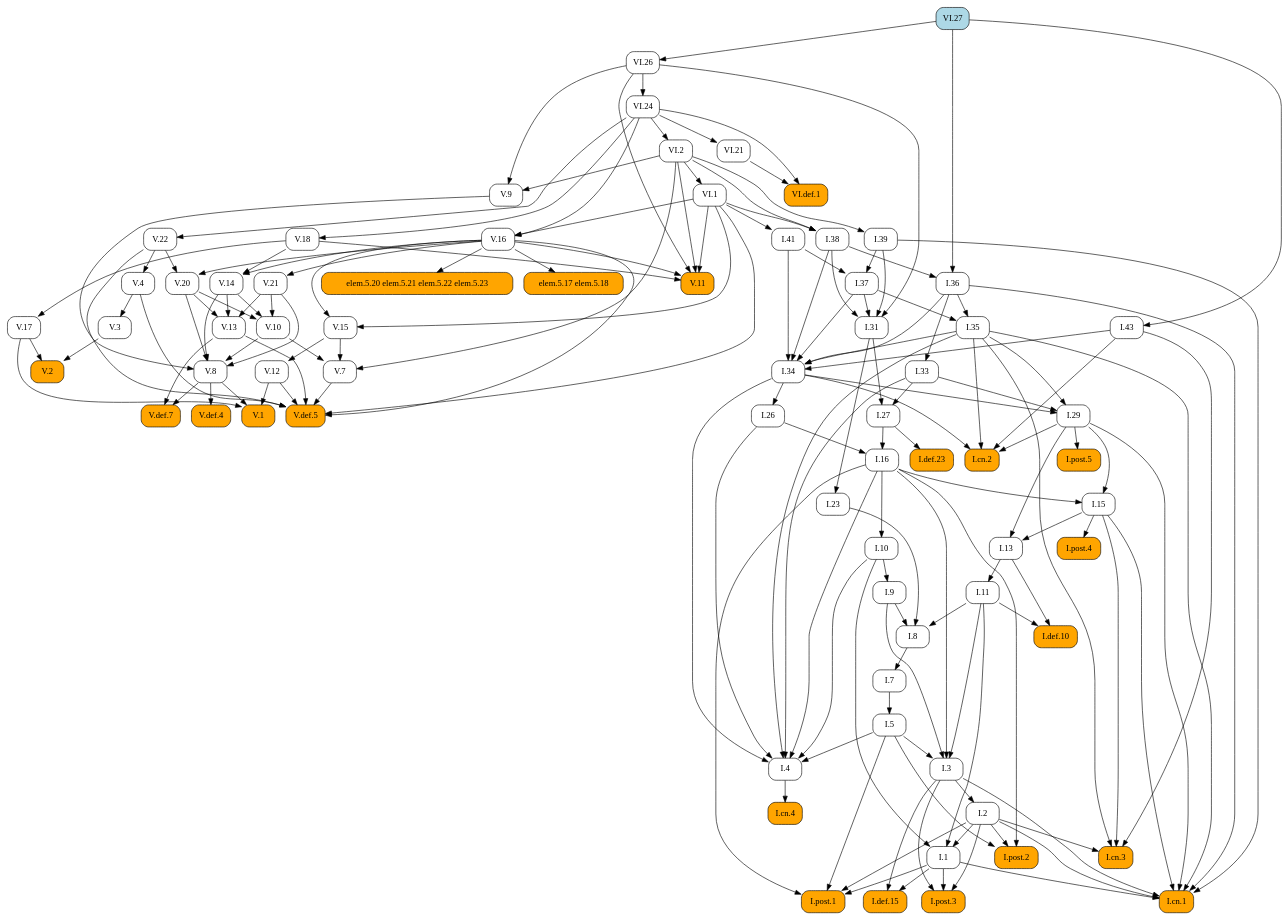
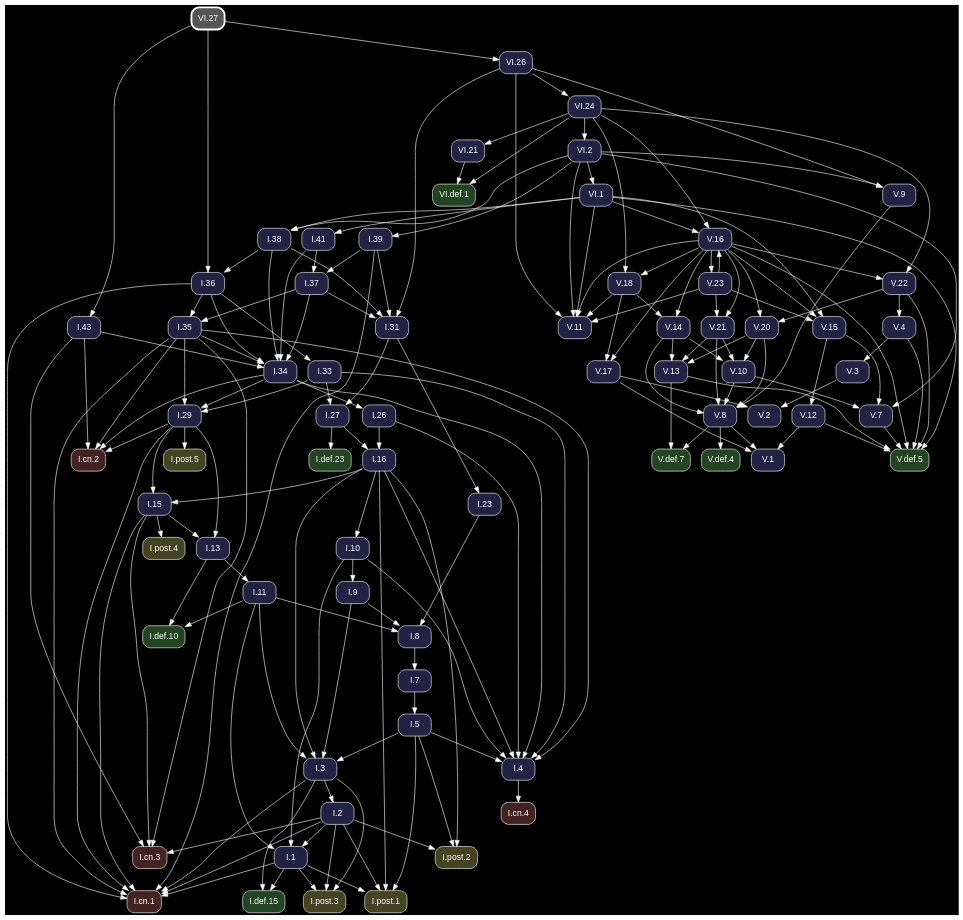
Before and after one commit to geometor/elements: the diagram in docsrc/heath/VI/27/index.rst, drawn with Graphviz. The commit also changed other lines of this file and 1200 other files, not shown here.

Commit message:
update dependency graphs

```diff
--- a/docsrc/heath/VI/27/index.rst
+++ b/docsrc/heath/VI/27/index.rst
@@ -60,189 +60,83 @@
 .. graphviz::
 
    digraph {
+     bgcolor="black";
+     node [shape=box, style="rounded,filled", fontname="Helvetica", color="white", fontcolor="white"];
+     edge [color="white", fontcolor="white"];
      rankdir="TB";
-     node [shape=box, style=rounded];
-     "I.23" [URL="/heath/I/23/", target="_top"];
-     "I.9" [URL="/heath/I/9/", target="_top"];
-     "VI.27" [style="rounded,filled", fillcolor=lightblue, URL="/heath/VI/27/", target="_top"];
-     "VI.def.1" [style="rounded,filled", fillcolor=orange, URL="/heath/VI/def.1/", target="_top"];
-     "V.13" [URL="/heath/V/13/", target="_top"];
-     "I.def.15" [style="rounded,filled", fillcolor=orange, URL="/heath/I/def.15/", target="_top"];
-     "V.7" [URL="/heath/V/7/", target="_top"];
-     "elem.5.17 elem.5.18" [style="rounded,filled", fillcolor=orange];
-     "I.post.1" [style="rounded,filled", fillcolor=orange, URL="/heath/I/post.1/", target="_top"];
-     "V.14" [URL="/heath/V/14/", target="_top"];
-     "I.43" [URL="/heath/I/43/", target="_top"];
-     "V.9" [URL="/heath/V/9/", target="_top"];
-     "I.31" [URL="/heath/I/31/", target="_top"];
-     "I.def.10" [style="rounded,filled", fillcolor=orange, URL="/heath/I/def.10/", target="_top"];
-     "V.10" [URL="/heath/V/10/", target="_top"];
-     "V.4" [URL="/heath/V/4/", target="_top"];
-     "VI.1" [URL="/heath/VI/1/", target="_top"];
-     "I.39" [URL="/heath/I/39/", target="_top"];
-     "V.11" [style="rounded,filled", fillcolor=orange, URL="/heath/V/11/", target="_top"];
-     "I.34" [URL="/heath/I/34/", target="_top"];
-     "V.17" [URL="/heath/V/17/", target="_top"];
-     "I.3" [URL="/heath/I/3/", target="_top"];
-     "V.def.4" [style="rounded,filled", fillcolor=orange, URL="/heath/V/def.4/", target="_top"];
-     "V.def.7" [style="rounded,filled", fillcolor=orange, URL="/heath/V/def.7/", target="_top"];
-     "V.21" [URL="/heath/V/21/", target="_top"];
-     "I.2" [URL="/heath/I/2/", target="_top"];
-     "V.3" [URL="/heath/V/3/", target="_top"];
-     "I.13" [URL="/heath/I/13/", target="_top"];
-     "I.post.4" [style="rounded,filled", fillcolor=orange, URL="/heath/I/post.4/", target="_top"];
-     "I.4" [URL="/heath/I/4/", target="_top"];
-     "I.1" [URL="/heath/I/1/", target="_top"];
-     "I.8" [URL="/heath/I/8/", target="_top"];
-     "I.29" [URL="/heath/I/29/", target="_top"];
-     "V.8" [URL="/heath/V/8/", target="_top"];
-     "VI.24" [URL="/heath/VI/24/", target="_top"];
-     "I.38" [URL="/heath/I/38/", target="_top"];
-     "I.15" [URL="/heath/I/15/", target="_top"];
-     "I.10" [URL="/heath/I/10/", target="_top"];
-     "I.11" [URL="/heath/I/11/", target="_top"];
-     "I.def.23" [style="rounded,filled", fillcolor=orange, URL="/heath/I/def.23/", target="_top"];
-     "VI.21" [URL="/heath/VI/21/", target="_top"];
-     "I.26" [URL="/heath/I/26/", target="_top"];
-     "V.16" [URL="/heath/V/16/", target="_top"];
-     "I.33" [URL="/heath/I/33/", target="_top"];
-     "VI.26" [URL="/heath/VI/26/", target="_top"];
-     "I.post.3" [style="rounded,filled", fillcolor=orange, URL="/heath/I/post.3/", target="_top"];
-     "V.def.5" [style="rounded,filled", fillcolor=orange, URL="/heath/V/def.5/", target="_top"];
-     "I.27" [URL="/heath/I/27/", target="_top"];
-     "V.20" [URL="/heath/V/20/", target="_top"];
-     "V.12" [URL="/heath/V/12/", target="_top"];
-     "I.35" [URL="/heath/I/35/", target="_top"];
-     "I.cn.1" [style="rounded,filled", fillcolor=orange, URL="/heath/I/cn.1/", target="_top"];
-     "V.2" [style="rounded,filled", fillcolor=orange, URL="/heath/V/2/", target="_top"];
-     "I.7" [URL="/heath/I/7/", target="_top"];
-     "I.36" [URL="/heath/I/36/", target="_top"];
-     "I.5" [URL="/heath/I/5/", target="_top"];
-     "I.37" [URL="/heath/I/37/", target="_top"];
-     "I.cn.3" [style="rounded,filled", fillcolor=orange, URL="/heath/I/cn.3/", target="_top"];
-     "V.18" [URL="/heath/V/18/", target="_top"];
-     "I.16" [URL="/heath/I/16/", target="_top"];
-     "V.22" [URL="/heath/V/22/", target="_top"];
-     "V.1" [style="rounded,filled", fillcolor=orange, URL="/heath/V/1/", target="_top"];
-     "I.cn.2" [style="rounded,filled", fillcolor=orange, URL="/heath/I/cn.2/", target="_top"];
-     "I.post.5" [style="rounded,filled", fillcolor=orange, URL="/heath/I/post.5/", target="_top"];
-     "VI.2" [URL="/heath/VI/2/", target="_top"];
-     "I.cn.4" [style="rounded,filled", fillcolor=orange, URL="/heath/I/cn.4/", target="_top"];
-     "V.15" [URL="/heath/V/15/", target="_top"];
-     "I.post.2" [style="rounded,filled", fillcolor=orange, URL="/heath/I/post.2/", target="_top"];
-     "I.41" [URL="/heath/I/41/", target="_top"];
-     "elem.5.20 elem.5.21 elem.5.22 elem.5.23" [style="rounded,filled", fillcolor=orange];
-     "I.31" -> "I.23";
-     "I.10" -> "I.9";
-     "VI.21" -> "VI.def.1";
-     "VI.24" -> "VI.def.1";
-     "V.14" -> "V.13";
-     "V.20" -> "V.13";
-     "V.21" -> "V.13";
-     "I.1" -> "I.def.15";
-     "I.3" -> "I.def.15";
-     "V.10" -> "V.7";
-     "V.15" -> "V.7";
-     "VI.2" -> "V.7";
-     "V.16" -> "elem.5.17 elem.5.18";
-     "I.1" -> "I.post.1";
-     "I.2" -> "I.post.1";
-     "I.5" -> "I.post.1";
-     "I.16" -> "I.post.1";
-     "V.16" -> "V.14";
-     "V.18" -> "V.14";
-     "VI.27" -> "I.43";
-     "VI.2" -> "V.9";
-     "VI.26" -> "V.9";
-     "I.37" -> "I.31";
-     "I.38" -> "I.31";
-     "I.39" -> "I.31";
-     "VI.26" -> "I.31";
-     "I.11" -> "I.def.10";
-     "I.13" -> "I.def.10";
-     "V.14" -> "V.10";
-     "V.20" -> "V.10";
-     "V.21" -> "V.10";
-     "V.22" -> "V.4";
-     "VI.2" -> "VI.1";
-     "VI.2" -> "I.39";
-     "V.16" -> "V.11";
-     "V.18" -> "V.11";
-     "VI.1" -> "V.11";
-     "VI.2" -> "V.11";
-     "VI.26" -> "V.11";
-     "I.35" -> "I.34";
-     "I.36" -> "I.34";
-     "I.37" -> "I.34";
-     "I.38" -> "I.34";
-     "I.41" -> "I.34";
-     "I.43" -> "I.34";
-     "V.18" -> "V.17";
-     "I.5" -> "I.3";
-     "I.9" -> "I.3";
-     "I.11" -> "I.3";
-     "I.16" -> "I.3";
-     "V.8" -> "V.def.4";
-     "V.8" -> "V.def.7";
-     "V.13" -> "V.def.7";
-     "V.16" -> "V.21";
-     "I.3" -> "I.2";
-     "V.4" -> "V.3";
-     "I.15" -> "I.13";
-     "I.29" -> "I.13";
-     "I.15" -> "I.post.4";
-     "I.5" -> "I.4";
-     "I.10" -> "I.4";
-     "I.16" -> "I.4";
-     "I.26" -> "I.4";
-     "I.33" -> "I.4";
-     "I.34" -> "I.4";
-     "I.35" -> "I.4";
-     "I.2" -> "I.1";
-     "I.10" -> "I.1";
-     "I.11" -> "I.1";
-     "I.9" -> "I.8";
-     "I.11" -> "I.8";
-     "I.23" -> "I.8";
-     "I.33" -> "I.29";
-     "I.34" -> "I.29";
-     "I.35" -> "I.29";
-     "V.9" -> "V.8";
-     "V.10" -> "V.8";
-     "V.14" -> "V.8";
-     "V.20" -> "V.8";
-     "V.21" -> "V.8";
-     "VI.26" -> "VI.24";
-     "VI.1" -> "I.38";
-     "VI.2" -> "I.38";
-     "I.16" -> "I.15";
-     "I.29" -> "I.15";
-     "I.16" -> "I.10";
-     "I.13" -> "I.11";
-     "I.27" -> "I.def.23";
-     "VI.24" -> "VI.21";
-     "I.34" -> "I.26";
-     "VI.1" -> "V.16";
-     "VI.24" -> "V.16";
-     "I.36" -> "I.33";
+     "VI.26" [fillcolor="#222244", URL="/heath/VI/26/", target="_top"];
+     "V.15" [fillcolor="#222244", URL="/heath/V/15/", target="_top"];
+     "I.cn.1" [fillcolor="#442222", URL="/heath/I/cn.1/", target="_top"];
+     "V.18" [fillcolor="#222244", URL="/heath/V/18/", target="_top"];
+     "V.14" [fillcolor="#222244", URL="/heath/V/14/", target="_top"];
+     "I.27" [fillcolor="#222244", URL="/heath/I/27/", target="_top"];
+     "V.23" [fillcolor="#222244", URL="/heath/V/23/", target="_top"];
+     "I.2" [fillcolor="#222244", URL="/heath/I/2/", target="_top"];
+     "I.41" [fillcolor="#222244", URL="/heath/I/41/", target="_top"];
+     "I.43" [fillcolor="#222244", URL="/heath/I/43/", target="_top"];
+     "I.post.4" [fillcolor="#444422", URL="/heath/I/post.4/", target="_top"];
+     "I.26" [fillcolor="#222244", URL="/heath/I/26/", target="_top"];
+     "I.8" [fillcolor="#222244", URL="/heath/I/8/", target="_top"];
+     "V.4" [fillcolor="#222244", URL="/heath/V/4/", target="_top"];
+     "V.16" [fillcolor="#222244", URL="/heath/V/16/", target="_top"];
+     "VI.2" [fillcolor="#222244", URL="/heath/VI/2/", target="_top"];
+     "I.7" [fillcolor="#222244", URL="/heath/I/7/", target="_top"];
+     "I.5" [fillcolor="#222244", URL="/heath/I/5/", target="_top"];
+     "V.11" [fillcolor="#222244", URL="/heath/V/11/", target="_top"];
+     "V.def.4" [fillcolor="#224422", URL="/heath/V/def.4/", target="_top"];
+     "V.20" [fillcolor="#222244", URL="/heath/V/20/", target="_top"];
+     "I.11" [fillcolor="#222244", URL="/heath/I/11/", target="_top"];
+     "VI.21" [fillcolor="#222244", URL="/heath/VI/21/", target="_top"];
+     "I.37" [fillcolor="#222244", URL="/heath/I/37/", target="_top"];
+     "I.cn.3" [fillcolor="#442222", URL="/heath/I/cn.3/", target="_top"];
+     "I.36" [fillcolor="#222244", URL="/heath/I/36/", target="_top"];
+     "I.38" [fillcolor="#222244", URL="/heath/I/38/", target="_top"];
+     "I.post.2" [fillcolor="#444422", URL="/heath/I/post.2/", target="_top"];
+     "I.def.23" [fillcolor="#224422", URL="/heath/I/def.23/", target="_top"];
+     "I.35" [fillcolor="#222244", URL="/heath/I/35/", target="_top"];
+     "VI.24" [fillcolor="#222244", URL="/heath/VI/24/", target="_top"];
+     "I.post.3" [fillcolor="#444422", URL="/heath/I/post.3/", target="_top"];
+     "V.13" [fillcolor="#222244", URL="/heath/V/13/", target="_top"];
+     "I.33" [fillcolor="#222244", URL="/heath/I/33/", target="_top"];
+     "V.8" [fillcolor="#222244", URL="/heath/V/8/", target="_top"];
+     "V.10" [fillcolor="#222244", URL="/heath/V/10/", target="_top"];
+     "V.def.5" [fillcolor="#224422", URL="/heath/V/def.5/", target="_top"];
+     "V.22" [fillcolor="#222244", URL="/heath/V/22/", target="_top"];
+     "I.31" [fillcolor="#222244", URL="/heath/I/31/", target="_top"];
+     "I.3" [fillcolor="#222244", URL="/heath/I/3/", target="_top"];
+     "V.12" [fillcolor="#222244", URL="/heath/V/12/", target="_top"];
+     "I.def.10" [fillcolor="#224422", URL="/heath/I/def.10/", target="_top"];
+     "I.15" [fillcolor="#222244", URL="/heath/I/15/", target="_top"];
+     "I.39" [fillcolor="#222244", URL="/heath/I/39/", target="_top"];
+     "I.13" [fillcolor="#222244", URL="/heath/I/13/", target="_top"];
+     "I.cn.2" [fillcolor="#442222", URL="/heath/I/cn.2/", target="_top"];
+     "VI.27" [penwidth=3, color="white", fillcolor="#555555", URL="/heath/VI/27/", target="_top"];
+     "I.9" [fillcolor="#222244", URL="/heath/I/9/", target="_top"];
+     "VI.def.1" [fillcolor="#224422", URL="/heath/VI/def.1/", target="_top"];
+     "I.1" [fillcolor="#222244", URL="/heath/I/1/", target="_top"];
+     "I.post.5" [fillcolor="#444422", URL="/heath/I/post.5/", target="_top"];
+     "I.23" [fillcolor="#222244", URL="/heath/I/23/", target="_top"];
+     "I.4" [fillcolor="#222244", URL="/heath/I/4/", target="_top"];
+     "V.7" [fillcolor="#222244", URL="/heath/V/7/", target="_top"];
+     "V.9" [fillcolor="#222244", URL="/heath/V/9/", target="_top"];
+     "VI.1" [fillcolor="#222244", URL="/heath/VI/1/", target="_top"];
+     "I.10" [fillcolor="#222244", URL="/heath/I/10/", target="_top"];
+     "V.def.7" [fillcolor="#224422", URL="/heath/V/def.7/", target="_top"];
+     "I.post.1" [fillcolor="#444422", URL="/heath/I/post.1/", target="_top"];
+     "I.16" [fillcolor="#222244", URL="/heath/I/16/", target="_top"];
+     "I.29" [fillcolor="#222244", URL="/heath/I/29/", target="_top"];
+     "I.cn.4" [fillcolor="#442222", URL="/heath/I/cn.4/", target="_top"];
+     "V.2" [fillcolor="#222244", URL="/heath/V/2/", target="_top"];
+     "V.1" [fillcolor="#222244", URL="/heath/V/1/", target="_top"];
+     "V.21" [fillcolor="#222244", URL="/heath/V/21/", target="_top"];
+     "I.34" [fillcolor="#222244", URL="/heath/I/34/", target="_top"];
+     "I.def.15" [fillcolor="#224422", URL="/heath/I/def.15/", target="_top"];
+     "V.3" [fillcolor="#222244", URL="/heath/V/3/", target="_top"];
+     "V.17" [fillcolor="#222244", URL="/heath/V/17/", target="_top"];
      "VI.27" -> "VI.26";
-     "I.1" -> "I.post.3";
-     "I.2" -> "I.post.3";
-     "I.3" -> "I.post.3";
-     "V.4" -> "V.def.5";
-     "V.7" -> "V.def.5";
-     "V.12" -> "V.def.5";
-     "V.13" -> "V.def.5";
-     "V.16" -> "V.def.5";
-     "V.22" -> "V.def.5";
-     "VI.1" -> "V.def.5";
-     "I.31" -> "I.27";
-     "I.33" -> "I.27";
-     "V.16" -> "V.20";
-     "V.22" -> "V.20";
-     "V.15" -> "V.12";
-     "I.36" -> "I.35";
-     "I.37" -> "I.35";
+     "V.16" -> "V.15";
+     "V.23" -> "V.15";
+     "VI.1" -> "V.15";
      "I.1" -> "I.cn.1";
      "I.2" -> "I.cn.1";
      "I.3" -> "I.cn.1";
@@ -251,37 +145,150 @@
      "I.35" -> "I.cn.1";
      "I.36" -> "I.cn.1";
      "I.39" -> "I.cn.1";
-     "V.3" -> "V.2";
-     "V.17" -> "V.2";
+     "V.16" -> "V.18";
+     "VI.24" -> "V.18";
+     "V.16" -> "V.14";
+     "V.18" -> "V.14";
+     "I.31" -> "I.27";
+     "I.33" -> "I.27";
+     "V.16" -> "V.23";
+     "I.3" -> "I.2";
+     "VI.1" -> "I.41";
+     "VI.27" -> "I.43";
+     "I.15" -> "I.post.4";
+     "I.34" -> "I.26";
+     "I.9" -> "I.8";
+     "I.11" -> "I.8";
+     "I.23" -> "I.8";
+     "V.22" -> "V.4";
+     "V.23" -> "V.16";
+     "VI.1" -> "V.16";
+     "VI.24" -> "V.16";
+     "VI.24" -> "VI.2";
      "I.8" -> "I.7";
-     "I.38" -> "I.36";
-     "VI.27" -> "I.36";
      "I.7" -> "I.5";
+     "V.16" -> "V.11";
+     "V.18" -> "V.11";
+     "V.23" -> "V.11";
+     "VI.1" -> "V.11";
+     "VI.2" -> "V.11";
+     "VI.26" -> "V.11";
+     "V.8" -> "V.def.4";
+     "V.16" -> "V.20";
+     "V.22" -> "V.20";
+     "I.13" -> "I.11";
+     "VI.24" -> "VI.21";
      "I.39" -> "I.37";
      "I.41" -> "I.37";
      "I.2" -> "I.cn.3";
      "I.15" -> "I.cn.3";
      "I.35" -> "I.cn.3";
      "I.43" -> "I.cn.3";
-     "VI.24" -> "V.18";
-     "I.26" -> "I.16";
-     "I.27" -> "I.16";
+     "I.38" -> "I.36";
+     "VI.27" -> "I.36";
+     "VI.1" -> "I.38";
+     "VI.2" -> "I.38";
+     "I.2" -> "I.post.2";
+     "I.5" -> "I.post.2";
+     "I.16" -> "I.post.2";
+     "I.27" -> "I.def.23";
+     "I.36" -> "I.35";
+     "I.37" -> "I.35";
+     "VI.26" -> "VI.24";
+     "I.1" -> "I.post.3";
+     "I.2" -> "I.post.3";
+     "I.3" -> "I.post.3";
+     "V.14" -> "V.13";
+     "V.20" -> "V.13";
+     "V.21" -> "V.13";
+     "I.36" -> "I.33";
+     "V.9" -> "V.8";
+     "V.10" -> "V.8";
+     "V.14" -> "V.8";
+     "V.20" -> "V.8";
+     "V.21" -> "V.8";
+     "V.14" -> "V.10";
+     "V.20" -> "V.10";
+     "V.21" -> "V.10";
+     "V.4" -> "V.def.5";
+     "V.7" -> "V.def.5";
+     "V.12" -> "V.def.5";
+     "V.13" -> "V.def.5";
+     "V.16" -> "V.def.5";
+     "V.22" -> "V.def.5";
+     "VI.1" -> "V.def.5";
+     "V.16" -> "V.22";
      "VI.24" -> "V.22";
-     "V.8" -> "V.1";
-     "V.12" -> "V.1";
-     "V.17" -> "V.1";
+     "I.37" -> "I.31";
+     "I.38" -> "I.31";
+     "I.39" -> "I.31";
+     "VI.26" -> "I.31";
+     "I.5" -> "I.3";
+     "I.9" -> "I.3";
+     "I.11" -> "I.3";
+     "I.16" -> "I.3";
+     "V.15" -> "V.12";
+     "I.11" -> "I.def.10";
+     "I.13" -> "I.def.10";
+     "I.16" -> "I.15";
+     "I.29" -> "I.15";
+     "VI.2" -> "I.39";
+     "I.15" -> "I.13";
+     "I.29" -> "I.13";
      "I.29" -> "I.cn.2";
      "I.34" -> "I.cn.2";
      "I.35" -> "I.cn.2";
      "I.43" -> "I.cn.2";
+     "I.10" -> "I.9";
+     "VI.21" -> "VI.def.1";
+     "VI.24" -> "VI.def.1";
+     "I.2" -> "I.1";
+     "I.10" -> "I.1";
+     "I.11" -> "I.1";
      "I.29" -> "I.post.5";
-     "VI.24" -> "VI.2";
+     "I.31" -> "I.23";
+     "I.5" -> "I.4";
+     "I.10" -> "I.4";
+     "I.16" -> "I.4";
+     "I.26" -> "I.4";
+     "I.33" -> "I.4";
+     "I.34" -> "I.4";
+     "I.35" -> "I.4";
+     "V.10" -> "V.7";
+     "V.15" -> "V.7";
+     "VI.2" -> "V.7";
+     "VI.2" -> "V.9";
+     "VI.26" -> "V.9";
+     "VI.2" -> "VI.1";
+     "I.16" -> "I.10";
+     "V.8" -> "V.def.7";
+     "V.13" -> "V.def.7";
+     "I.1" -> "I.post.1";
+     "I.2" -> "I.post.1";
+     "I.5" -> "I.post.1";
+     "I.16" -> "I.post.1";
+     "I.26" -> "I.16";
+     "I.27" -> "I.16";
+     "I.33" -> "I.29";
+     "I.34" -> "I.29";
+     "I.35" -> "I.29";
      "I.4" -> "I.cn.4";
-     "V.16" -> "V.15";
-     "VI.1" -> "V.15";
-     "I.2" -> "I.post.2";
-     "I.5" -> "I.post.2";
-     "I.16" -> "I.post.2";
-     "VI.1" -> "I.41";
-     "V.16" -> "elem.5.20 elem.5.21 elem.5.22 elem.5.23";
+     "V.3" -> "V.2";
+     "V.17" -> "V.2";
+     "V.8" -> "V.1";
+     "V.12" -> "V.1";
+     "V.17" -> "V.1";
+     "V.16" -> "V.21";
+     "V.23" -> "V.21";
+     "I.35" -> "I.34";
+     "I.36" -> "I.34";
+     "I.37" -> "I.34";
+     "I.38" -> "I.34";
+     "I.41" -> "I.34";
+     "I.43" -> "I.34";
+     "I.1" -> "I.def.15";
+     "I.3" -> "I.def.15";
+     "V.4" -> "V.3";
+     "V.16" -> "V.17";
+     "V.18" -> "V.17";
    }
```
